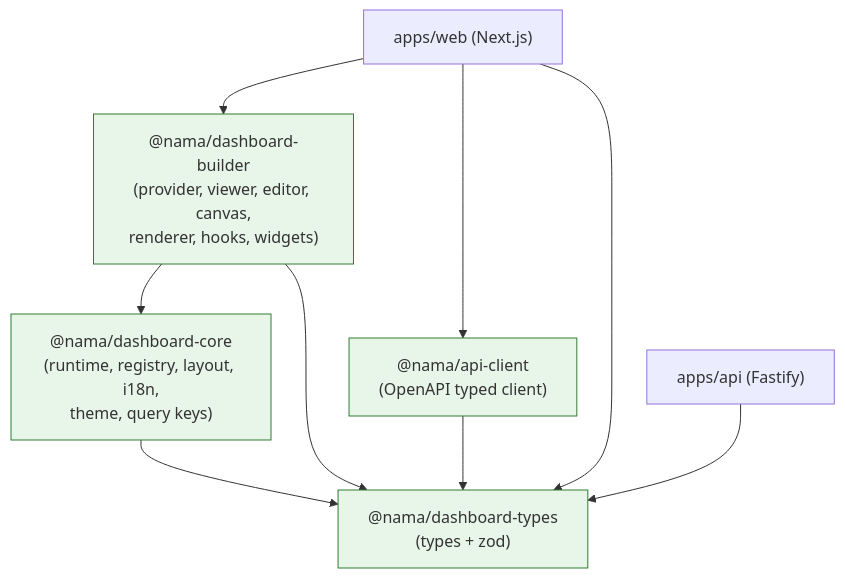
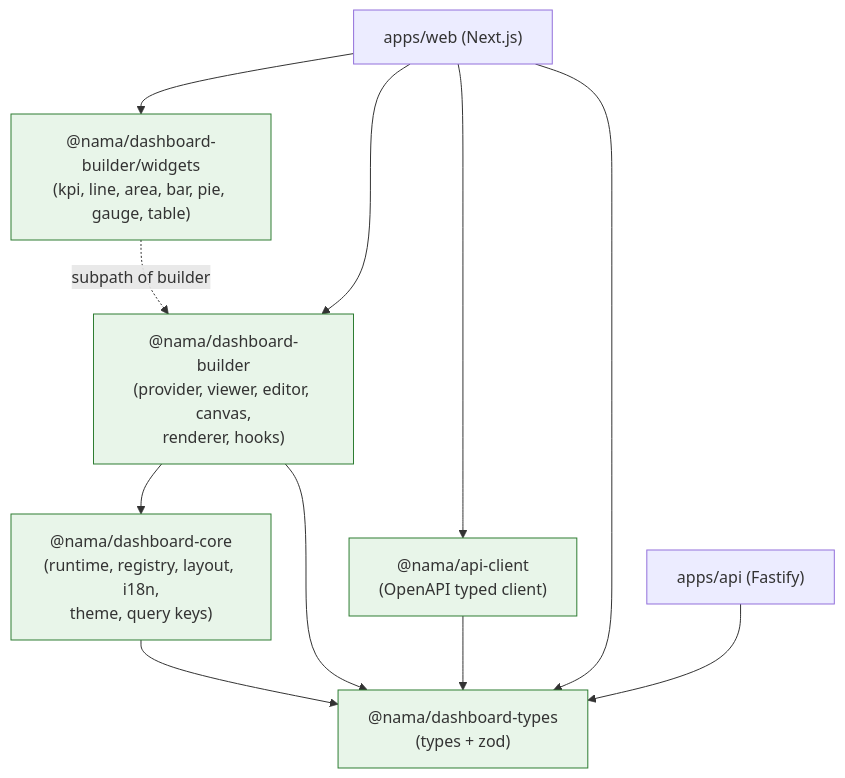
The diagram in docs/architecture/package-dependencies.md (mahdimanzouri/nama), drawn with Mermaid before and after one commit. The commit also changed other lines of this file and 36 other files, not shown here.

````diff
--- a/docs/architecture/package-dependencies.md
+++ b/docs/architecture/package-dependencies.md
@@ -53,21 +57,24 @@
 ```mermaid
 graph TD
   types["@nama/dashboard-types\n(types + zod)"]
   core["@nama/dashboard-core\n(runtime, registry, layout, i18n,\ntheme, query keys)"]
-  builder["@nama/dashboard-builder\n(provider, viewer, editor, canvas,\nrenderer, hooks, widgets)"]
+  builder["@nama/dashboard-builder\n(provider, viewer, editor, canvas,\nrenderer, hooks)"]
+  widgets["@nama/dashboard-builder/widgets\n(kpi, line, area, bar, pie, gauge, table)"]
   client["@nama/api-client\n(OpenAPI typed client)"]
   web["apps/web (Next.js)"]
   api["apps/api (Fastify)"]
 
   core --> types
   builder --> core
   builder --> types
+  widgets -. "subpath of builder" .-> builder
   client --> types
   web --> builder
+  web --> widgets
   web --> types
   web --> client
   api --> types
 
   classDef initial fill:#e8f5e9,stroke:#2e7d32;
-  class types,core,builder,client initial;
+  class types,core,builder,widgets,client initial;
 ```
````
